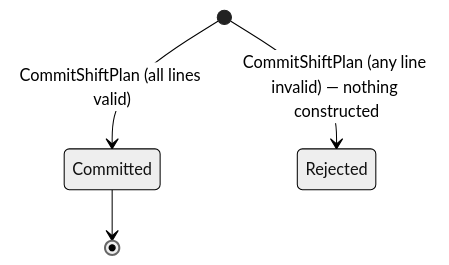
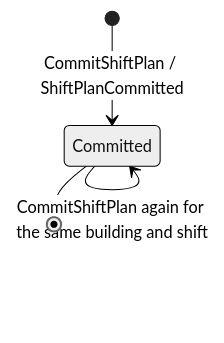
Before and after one commit to IQVO/warehouse-docs: the first of 3 diagrams in docs/contexts/workforce-management/aggregate-design-canvas.md, drawn with Mermaid (neutral theme). The commit also changed other lines of this file and 717 other files, not shown here.

````diff
--- a/docs/contexts/workforce-management/aggregate-design-canvas.md
+++ b/docs/contexts/workforce-management/aggregate-design-canvas.md
@@ -40,6 +41,6 @@
 ```mermaid
 stateDiagram-v2
-    [*] --> Committed: CommitShiftPlan (all lines valid)
-    [*] --> Rejected: CommitShiftPlan (any line invalid) — nothing constructed
+    [*] --> Committed: CommitShiftPlan / ShiftPlanCommitted
+    Committed --> Committed: CommitShiftPlan again for the same building and shift
     Committed --> [*]
 ```
````
